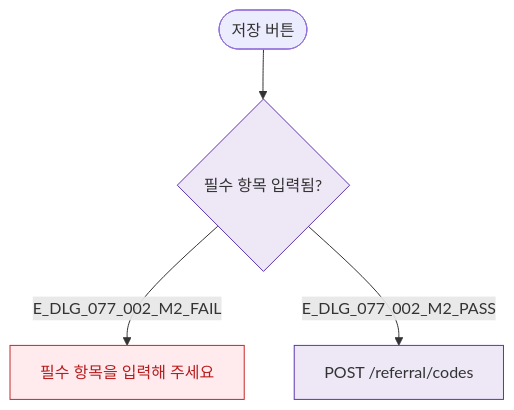
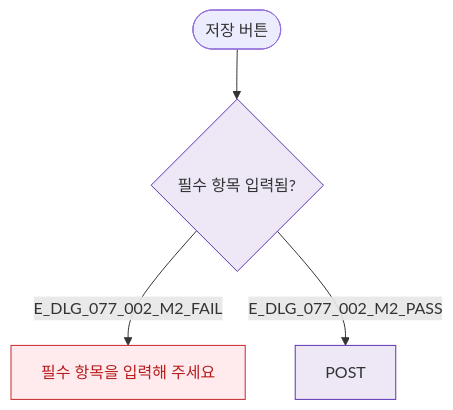
The diagram in docs/다이어그램/D08_마케팅/DLG/DLG-077-002/M2_필드검증.md (dev-spogym/admin-pando), drawn with Mermaid before and after one commit. The commit also changed other lines of this file and 1660 other files, not shown here.

First line of the commit message:
다이어그램: 기획자/클라이언트 납품본으로 정리

````diff
--- a/docs/다이어그램/D08_마케팅/DLG/DLG-077-002/M2_필드검증.md
+++ b/docs/다이어그램/D08_마케팅/DLG/DLG-077-002/M2_필드검증.md
@@ -14,12 +12,12 @@
 ```mermaid
 flowchart TD
   SUBMIT([저장 버튼]) --> V_REQ{필수 항목 입력됨?}
-  V_REQ -->|E_DLG_077_002_M2_FAIL| ERR[필수 항목을 입력해 주세요]
-  V_REQ -->|E_DLG_077_002_M2_PASS| API[POST /referral/codes]
+  V_REQ -->|E_DLG_077_002_M2_FAIL|ERR[필수 항목을 입력해 주세요]
+  V_REQ -->|E_DLG_077_002_M2_PASS|API[POST]
 
-  classDef error  fill:#FFEBEE,stroke:#C62828,color:#B71C1C
+  classDef error fill:#FFEBEE,stroke:#C62828,color:#B71C1C
   classDef system fill:#EDE7F6,stroke:#5E35B2
 
   class ERR error
   class V_REQ,API system
 ```
````
